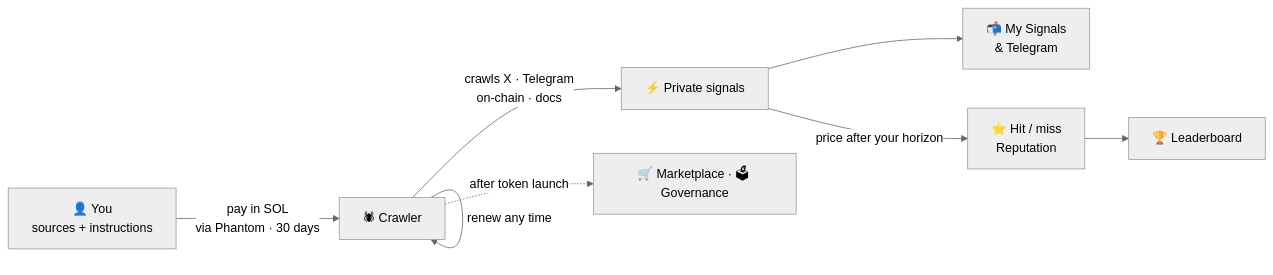
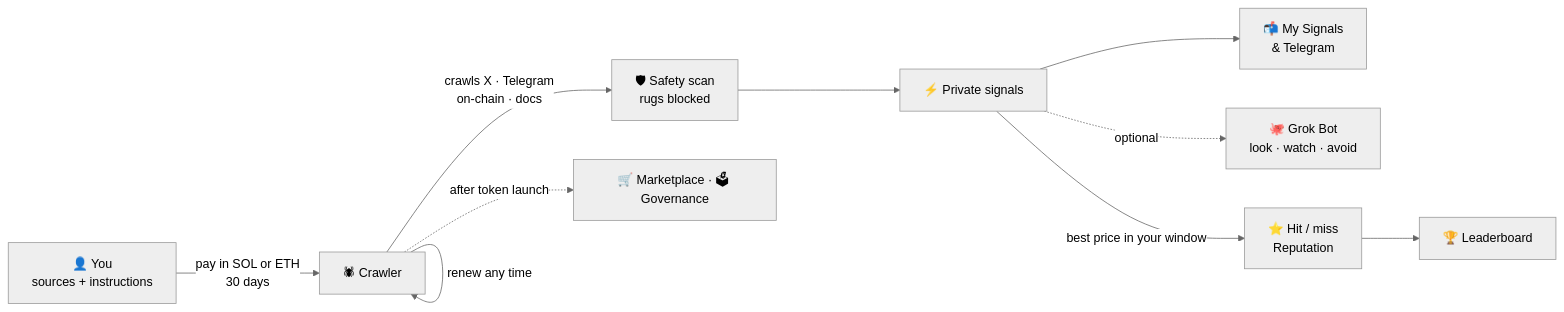
One commit to NekomyaDev/crawl-hive changed the first of 2 diagrams in README.md. Above: the diagram before and after it, drawn with Mermaid (neutral theme). The commit also changed other lines of this file and 2 other files, not shown here.

Commit message:
README: Grok Bot octopus art, latest updates, status, architecture and roadmap refresh

````diff
--- a/README.md
+++ b/README.md
@@ -97,10 +107,12 @@
 ```mermaid
 flowchart LR
-    A["👤 You<br/>sources + instructions"] -->|"pay in SOL<br/>via Phantom · 30 days"| B["🕷 Crawler"]
-    B -->|"crawls X · Telegram<br/>on-chain · docs"| C["⚡ Private signals"]
+    A["👤 You<br/>sources + instructions"] -->|"pay in SOL or ETH<br/>30 days"| B["🕷 Crawler"]
+    B -->|"crawls X · Telegram<br/>on-chain · docs"| S["🛡 Safety scan<br/>rugs blocked"]
+    S --> C["⚡ Private signals"]
     C --> T["📬 My Signals<br/>& Telegram"]
-    C -->|"price after your horizon"| E["⭐ Hit / miss<br/>Reputation"]
+    C -.->|"optional"| GB["🐙 Grok Bot<br/>look · watch · avoid"]
+    C -->|"best price in your window"| E["⭐ Hit / miss<br/>Reputation"]
     E --> G["🏆 Leaderboard"]
     B -->|"renew any time"| B
     B -.->|"after token launch"| H["🛒 Marketplace · 🗳 Governance"]
 ```
````
